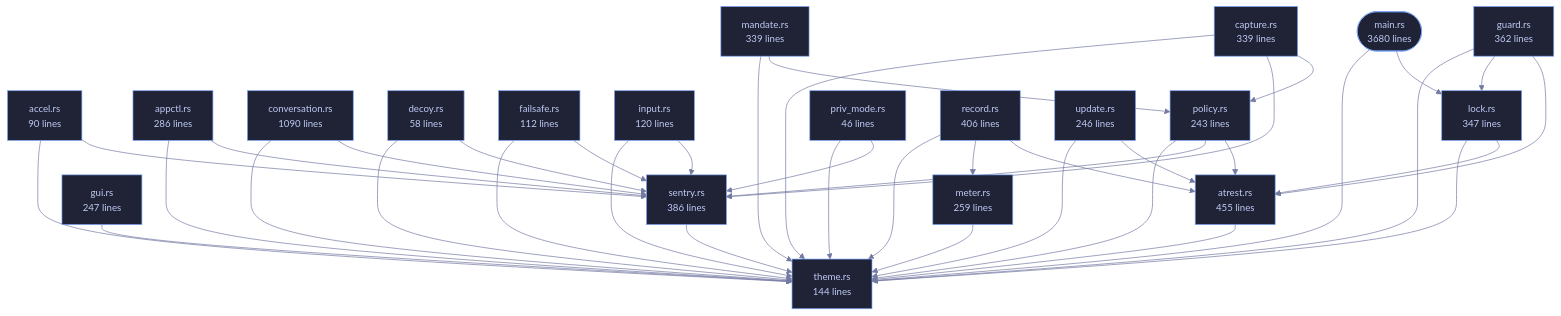
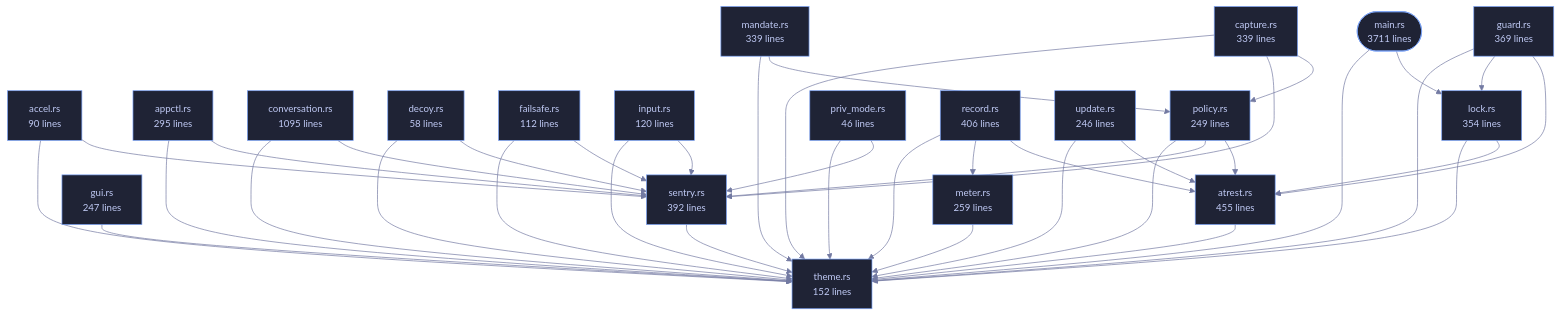
One commit to tilas01/veilvoice changed the diagram in crates/veilvoice-cli/README.md. Above: the diagram before and after it, drawn with Mermaid. The commit also changed other lines of this file and 85 other files, not shown here.

````diff
--- a/crates/veilvoice-cli/README.md
+++ b/crates/veilvoice-cli/README.md
@@ -110,82 +110,82 @@
 ```mermaid
 %%{init: {"theme":"base","themeVariables":{"background":"#1a1b26","primaryColor":"#1f2335","primaryTextColor":"#c0caf5","primaryBorderColor":"#7aa2f7","secondaryColor":"#16161e","tertiaryColor":"#16161e","lineColor":"#737aa2","textColor":"#c0caf5","mainBkg":"#1f2335","nodeBorder":"#7aa2f7","clusterBkg":"#16161e","clusterBorder":"#2f3549","fontFamily":"ui-monospace, SFMono-Regular, Consolas, monospace","fontSize":"14px"}}}%%
 flowchart TD
-    n_main(["main.rs<br/>3680 lines"])
+    n_main(["main.rs<br/>3711 lines"])
     n_accel["accel.rs<br/>90 lines"]
-    n_appctl["appctl.rs<br/>286 lines"]
+    n_appctl["appctl.rs<br/>295 lines"]
     n_atrest["atrest.rs<br/>455 lines"]
     n_capture["capture.rs<br/>339 lines"]
-    n_conversation["conversation.rs<br/>1090 lines"]
+    n_conversation["conversation.rs<br/>1095 lines"]
     n_decoy["decoy.rs<br/>58 lines"]
     n_failsafe["failsafe.rs<br/>112 lines"]
-    n_guard["guard.rs<br/>362 lines"]
+    n_guard["guard.rs<br/>369 lines"]
     n_gui["gui.rs<br/>247 lines"]
     n_input["input.rs<br/>120 lines"]
-    n_lock["lock.rs<br/>347 lines"]
+    n_lock["lock.rs<br/>354 lines"]
     n_mandate["mandate.rs<br/>339 lines"]
     n_meter["meter.rs<br/>259 lines"]
-    n_policy["policy.rs<br/>243 lines"]
+    n_policy["policy.rs<br/>249 lines"]
     n_priv_mode["priv_mode.rs<br/>46 lines"]
     n_record["record.rs<br/>406 lines"]
-    n_sentry["sentry.rs<br/>386 lines"]
-    n_theme["theme.rs<br/>144 lines"]
+    n_sentry["sentry.rs<br/>392 lines"]
+    n_theme["theme.rs<br/>152 lines"]
     n_update["update.rs<br/>246 lines"]
     n_accel --> n_sentry
     n_accel --> n_theme
     n_appctl --> n_sentry
     n_appctl --> n_theme
     n_atrest --> n_theme
     n_capture --> n_policy
     n_capture --> n_sentry
     n_capture --> n_theme
     n_conversation --> n_sentry
     n_conversation --> n_theme
     n_decoy --> n_sentry
     n_decoy --> n_theme
     n_failsafe --> n_sentry
     n_failsafe --> n_theme
     n_guard --> n_atrest
     n_guard --> n_lock
     n_guard --> n_theme
     n_gui --> n_theme
     n_input --> n_sentry
     n_input --> n_theme
     n_lock --> n_atrest
     n_lock --> n_theme
     n_main --> n_lock
     n_main --> n_theme
     n_mandate --> n_policy
     n_mandate --> n_theme
     n_meter --> n_theme
     n_policy --> n_atrest
     n_policy --> n_sentry
     n_policy --> n_theme
     n_priv_mode --> n_sentry
     n_priv_mode --> n_theme
     n_record --> n_atrest
     n_record --> n_meter
     n_record --> n_theme
     n_sentry --> n_theme
     n_update --> n_atrest
     n_update --> n_theme
     click n_main href "https://github.com/tilas01/veilvoice/blob/main/crates/veilvoice-cli/src/main.rs" "open the source"
     click n_accel href "https://github.com/tilas01/veilvoice/blob/main/crates/veilvoice-cli/src/accel.rs" "open the source"
     click n_appctl href "https://github.com/tilas01/veilvoice/blob/main/crates/veilvoice-cli/src/appctl.rs" "open the source"
     click n_atrest href "https://github.com/tilas01/veilvoice/blob/main/crates/veilvoice-cli/src/atrest.rs" "open the source"
     click n_capture href "https://github.com/tilas01/veilvoice/blob/main/crates/veilvoice-cli/src/capture.rs" "open the source"
     click n_conversation href "https://github.com/tilas01/veilvoice/blob/main/crates/veilvoice-cli/src/conversation.rs" "open the source"
     click n_decoy href "https://github.com/tilas01/veilvoice/blob/main/crates/veilvoice-cli/src/decoy.rs" "open the source"
     click n_failsafe href "https://github.com/tilas01/veilvoice/blob/main/crates/veilvoice-cli/src/failsafe.rs" "open the source"
     click n_guard href "https://github.com/tilas01/veilvoice/blob/main/crates/veilvoice-cli/src/guard.rs" "open the source"
     click n_gui href "https://github.com/tilas01/veilvoice/blob/main/crates/veilvoice-cli/src/gui.rs" "open the source"
     click n_input href "https://github.com/tilas01/veilvoice/blob/main/crates/veilvoice-cli/src/input.rs" "open the source"
     click n_lock href "https://github.com/tilas01/veilvoice/blob/main/crates/veilvoice-cli/src/lock.rs" "open the source"
     click n_mandate href "https://github.com/tilas01/veilvoice/blob/main/crates/veilvoice-cli/src/mandate.rs" "open the source"
     click n_meter href "https://github.com/tilas01/veilvoice/blob/main/crates/veilvoice-cli/src/meter.rs" "open the source"
     click n_policy href "https://github.com/tilas01/veilvoice/blob/main/crates/veilvoice-cli/src/policy.rs" "open the source"
     click n_priv_mode href "https://github.com/tilas01/veilvoice/blob/main/crates/veilvoice-cli/src/priv_mode.rs" "open the source"
     click n_record href "https://github.com/tilas01/veilvoice/blob/main/crates/veilvoice-cli/src/record.rs" "open the source"
     click n_sentry href "https://github.com/tilas01/veilvoice/blob/main/crates/veilvoice-cli/src/sentry.rs" "open the source"
     click n_theme href "https://github.com/tilas01/veilvoice/blob/main/crates/veilvoice-cli/src/theme.rs" "open the source"
     click n_update href "https://github.com/tilas01/veilvoice/blob/main/crates/veilvoice-cli/src/update.rs" "open the source"
 ```
````
